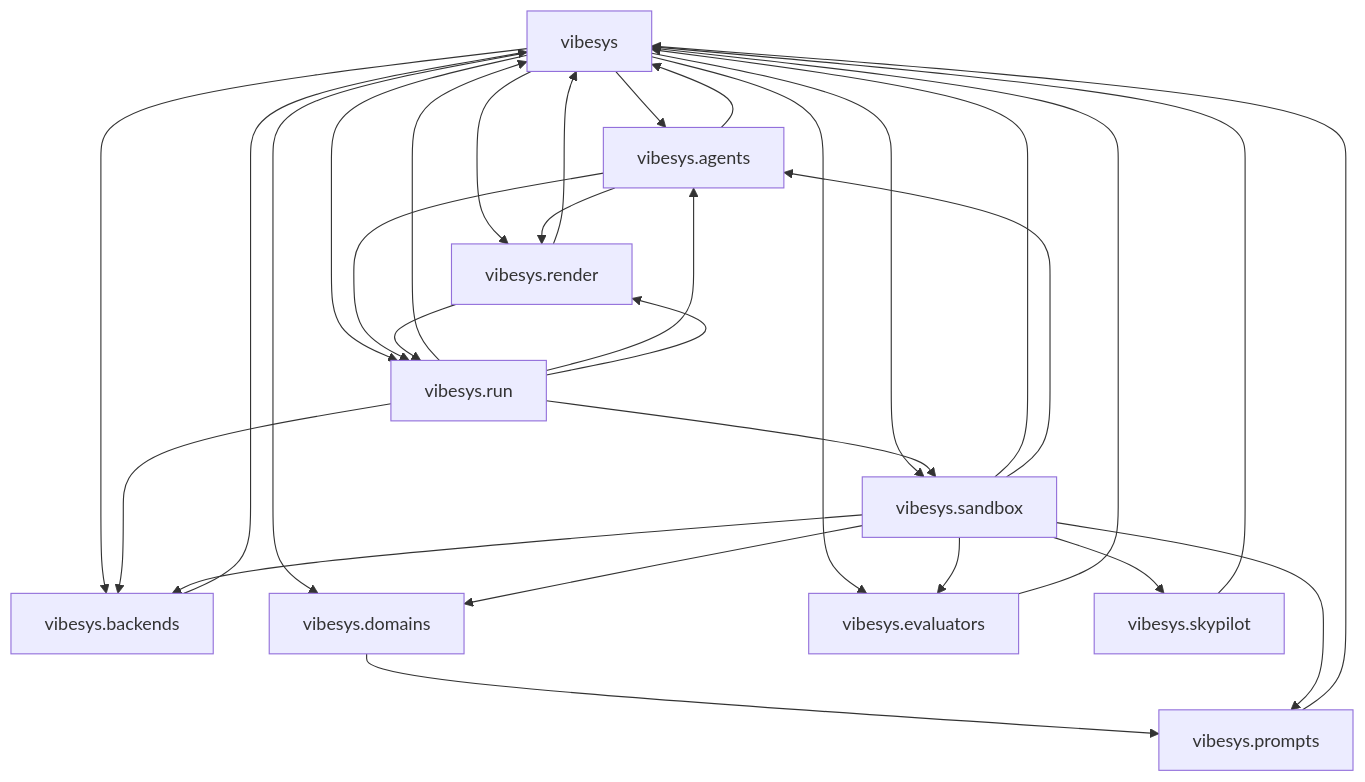
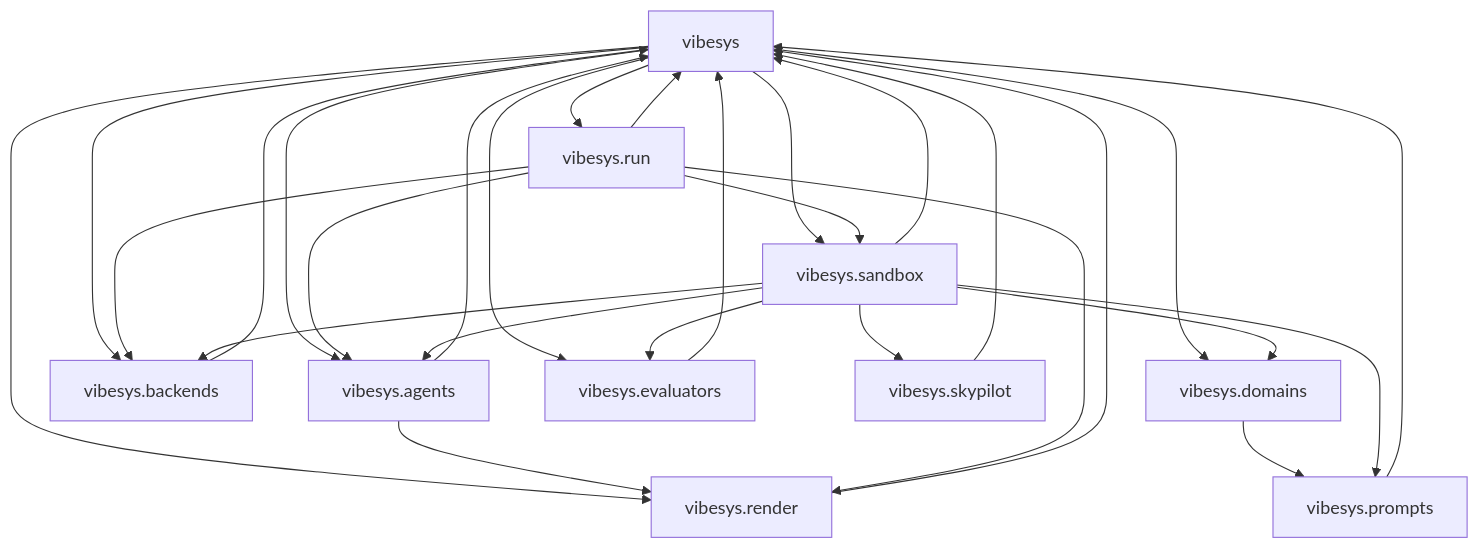
The second of 3 diagrams in docs/contributing/architecture.md (uw-syfi/vibesys), drawn with Mermaid before and after one commit. The commit also changed other lines of this file, not shown here.

Commit message:
docs: regenerate tach graph after rebase onto main

````diff
--- a/docs/contributing/architecture.md
+++ b/docs/contributing/architecture.md
@@ -49,32 +49,30 @@
 ```mermaid
 graph TD
     vibesys --> vibesys.agents
     vibesys --> vibesys.backends
     vibesys --> vibesys.domains
     vibesys --> vibesys.evaluators
     vibesys --> vibesys.render
     vibesys --> vibesys.run
     vibesys --> vibesys.sandbox
     vibesys.agents --> vibesys
     vibesys.agents --> vibesys.render
-    vibesys.agents --> vibesys.run
     vibesys.backends --> vibesys
     vibesys.domains --> vibesys.prompts
     vibesys.evaluators --> vibesys
     vibesys.prompts --> vibesys
     vibesys.render --> vibesys
-    vibesys.render --> vibesys.run
     vibesys.run --> vibesys
     vibesys.run --> vibesys.agents
     vibesys.run --> vibesys.backends
     vibesys.run --> vibesys.render
     vibesys.run --> vibesys.sandbox
     vibesys.sandbox --> vibesys
     vibesys.sandbox --> vibesys.agents
     vibesys.sandbox --> vibesys.backends
     vibesys.sandbox --> vibesys.domains
     vibesys.sandbox --> vibesys.evaluators
     vibesys.sandbox --> vibesys.prompts
     vibesys.sandbox --> vibesys.skypilot
     vibesys.skypilot --> vibesys
 ```
````
